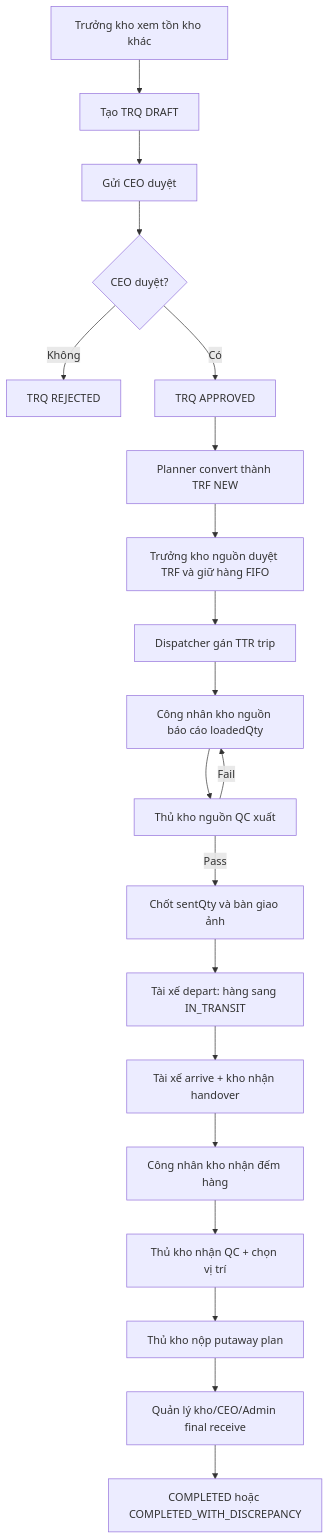
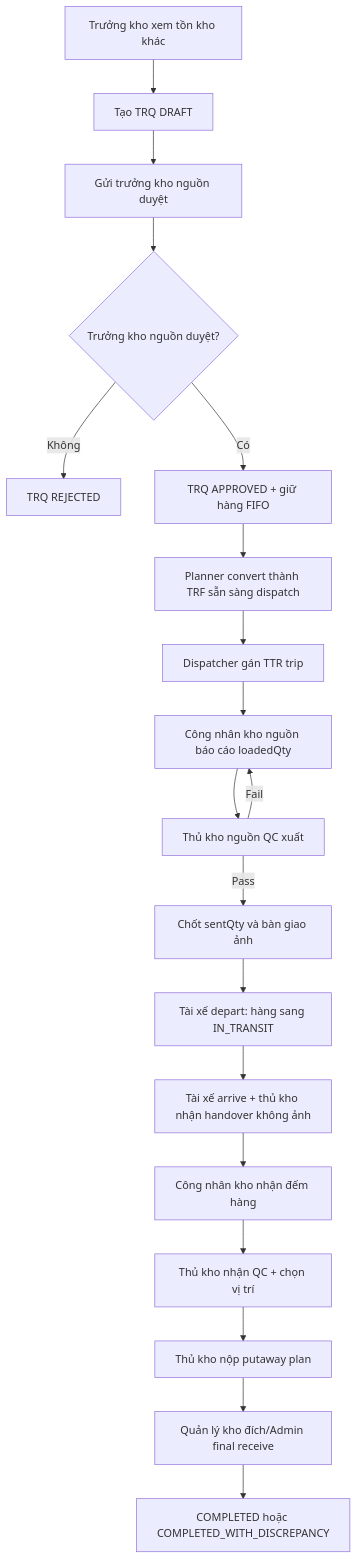
One commit to Manager-warehouse/Manager-warehouse-sdd changed the diagram in .sdd/specs/005-inter-warehouse-transfer/spec.md. Above: the diagram before and after it, drawn with Mermaid. The commit also changed other lines of this file and 31 other files, not shown here.

Commit message:
fix(warehouse-transfer): update source approval and handover flow

````diff
--- a/.sdd/specs/005-inter-warehouse-transfer/spec.md
+++ b/.sdd/specs/005-inter-warehouse-transfer/spec.md
@@ -57,22 +57,21 @@
 ```mermaid
 flowchart TD
     A[Trưởng kho xem tồn kho khác] --> B[Tạo TRQ DRAFT]
-    B --> C[Gửi CEO duyệt]
-    C --> D{CEO duyệt?}
+    B --> C[Gửi trưởng kho nguồn duyệt]
+    C --> D{Trưởng kho nguồn duyệt?}
     D -->|Không| X[TRQ REJECTED]
-    D -->|Có| E[TRQ APPROVED]
-    E --> F[Planner convert thành TRF NEW]
-    F --> G[Trưởng kho nguồn duyệt TRF và giữ hàng FIFO]
-    G --> H[Dispatcher gán TTR trip]
+    D -->|Có| E[TRQ APPROVED + giữ hàng FIFO]
+    E --> F[Planner convert thành TRF sẵn sàng dispatch]
+    F --> H[Dispatcher gán TTR trip]
     H --> I[Công nhân kho nguồn báo cáo loadedQty]
     I --> J[Thủ kho nguồn QC xuất]
     J -->|Fail| I
     J -->|Pass| K[Chốt sentQty và bàn giao ảnh]
     K --> L[Tài xế depart: hàng sang IN_TRANSIT]
-    L --> M[Tài xế arrive + kho nhận handover]
+    L --> M[Tài xế arrive + thủ kho nhận handover không ảnh]
     M --> N[Công nhân kho nhận đếm hàng]
     N --> O[Thủ kho nhận QC + chọn vị trí]
     O --> P[Thủ kho nộp putaway plan]
-    P --> Q[Quản lý kho/CEO/Admin final receive]
+    P --> Q[Quản lý kho đích/Admin final receive]
     Q --> R[COMPLETED hoặc COMPLETED_WITH_DISCREPANCY]
 ```
````
